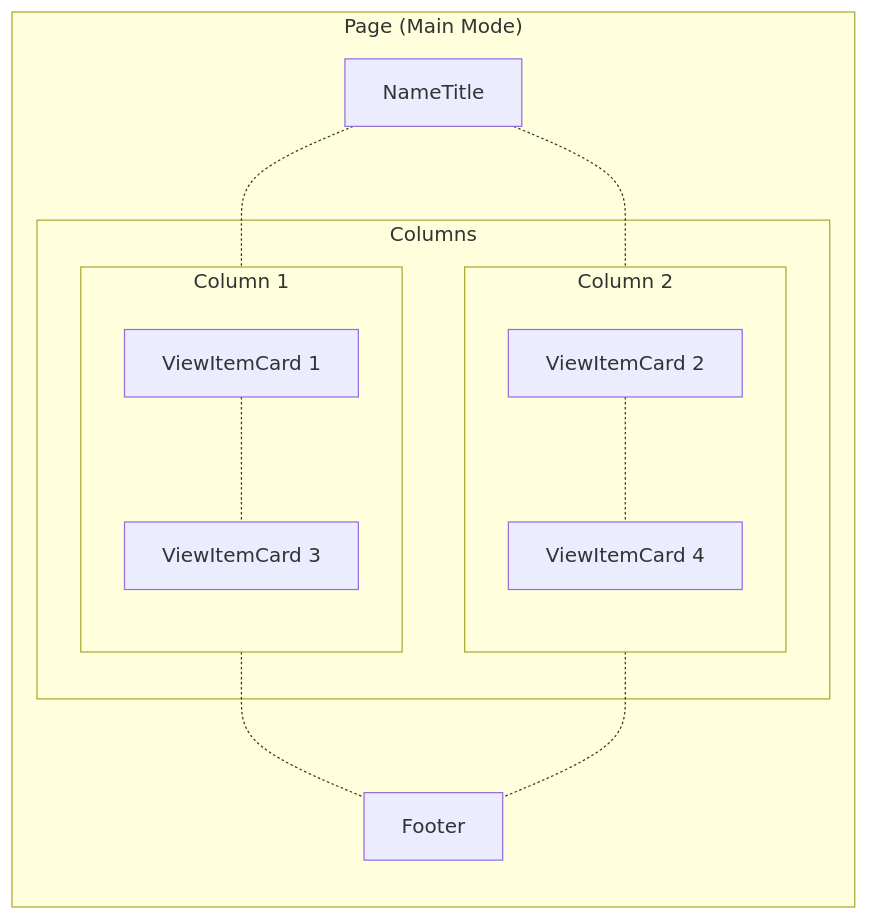
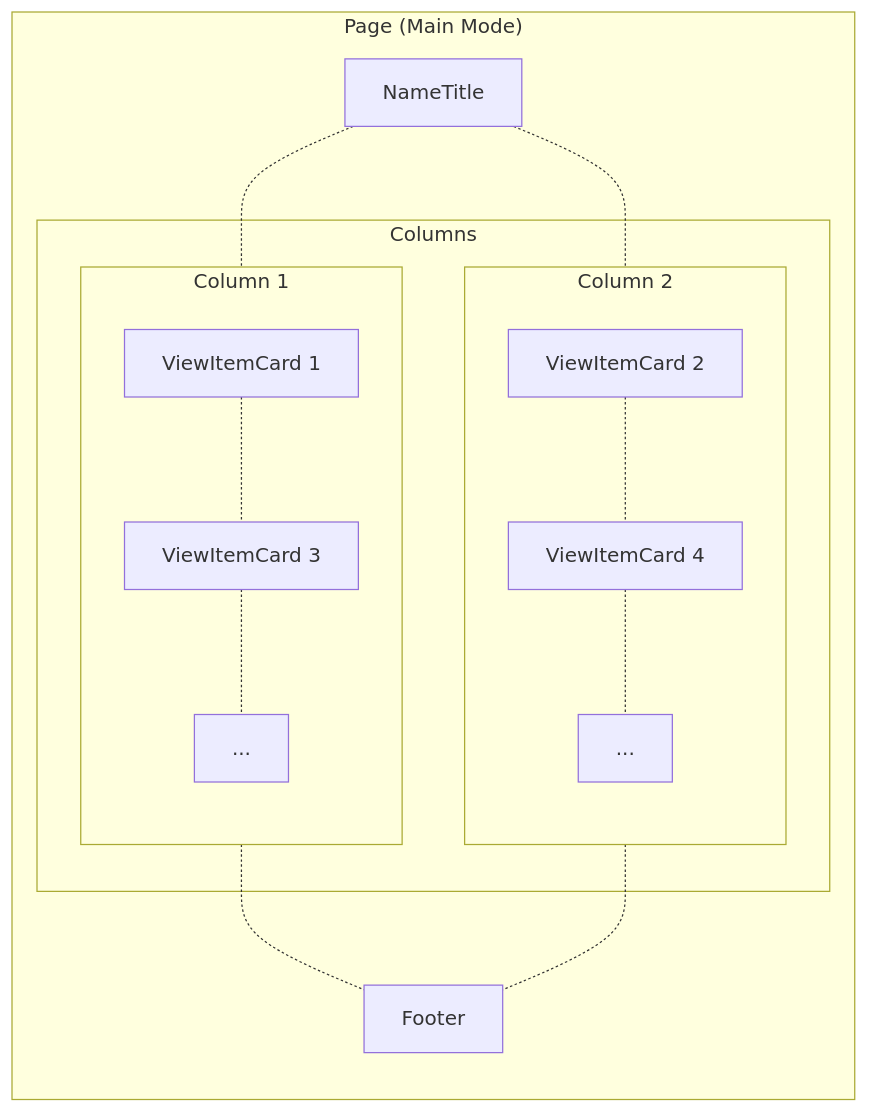
The first of 2 diagrams in README.md (alankrantas/alankrantas.github.io), drawn with Mermaid before and after one commit. The commit also changed other lines of this file, not shown here.

````diff
--- a/README.md
+++ b/README.md
@@ -19,26 +19,28 @@
 ```mermaid
 flowchart TD
   subgraph n0 ["Page (Main Mode)"]
     direction TB
     n1[NameTitle];
     subgraph n2 [Columns];
         subgraph n3 [Column 1];
             direction TB
             n4[ViewItemCard 1];
             n5[ViewItemCard 3];
-            n4-.-n5;
+            n6[...];
+            n4-.-n5-.-n6;
         end
-        subgraph n6 [Column 2];
+        subgraph n7 [Column 2];
             direction TB
-            n7[ViewItemCard 2];
-            n8[ViewItemCard 4];
-            n7-.-n8;
+            n8[ViewItemCard 2];
+            n9[ViewItemCard 4];
+            n10[...];
+            n8-.-n9-.-n10;
         end
     end
-    n9[Footer];
+    n11[Footer];
     n1-.-n3;
-    n1-.-n6;
-    n3-.-n9;
-    n6-.-n9;
+    n1-.-n7;
+    n3-.-n11;
+    n7-.-n11;
   end
 ```
````
